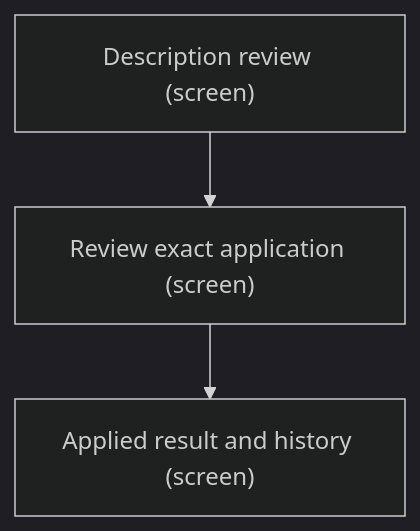
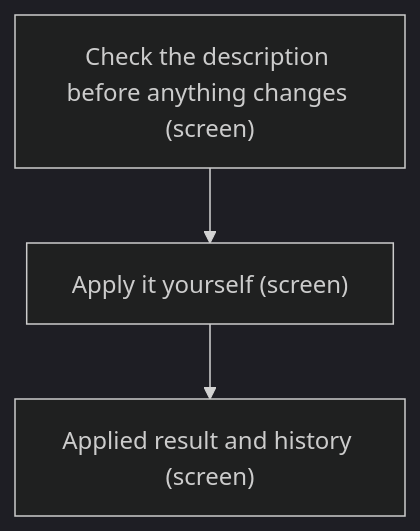
One commit to darce/context-alt-text-monorepo changed the third of 6 diagrams in apps/prototype-wp-alt-context/docs/ux-maps/guided-prototype.md. Above: the diagram before and after it, drawn with Mermaid (dark theme). The commit also changed other lines of this file and 1 other file, not shown here.

````diff
--- a/apps/prototype-wp-alt-context/docs/ux-maps/guided-prototype.md
+++ b/apps/prototype-wp-alt-context/docs/ux-maps/guided-prototype.md
@@ -240,9 +288,9 @@
 ```mermaid
 flowchart TD
-  %% flow: Pending edit cannot apply old candidate job=review
-  n_draft["Description review (screen)"]
-  n_apply["Review exact application (screen)"]
+  %% flow: Save or discard your edit before Apply job=review
+  n_draft["Check the description before anything changes (screen)"]
+  n_apply["Apply it yourself (screen)"]
   n_draft --> n_apply
   n_result["Applied result and history (screen)"]
   n_apply --> n_result
 ```
````
